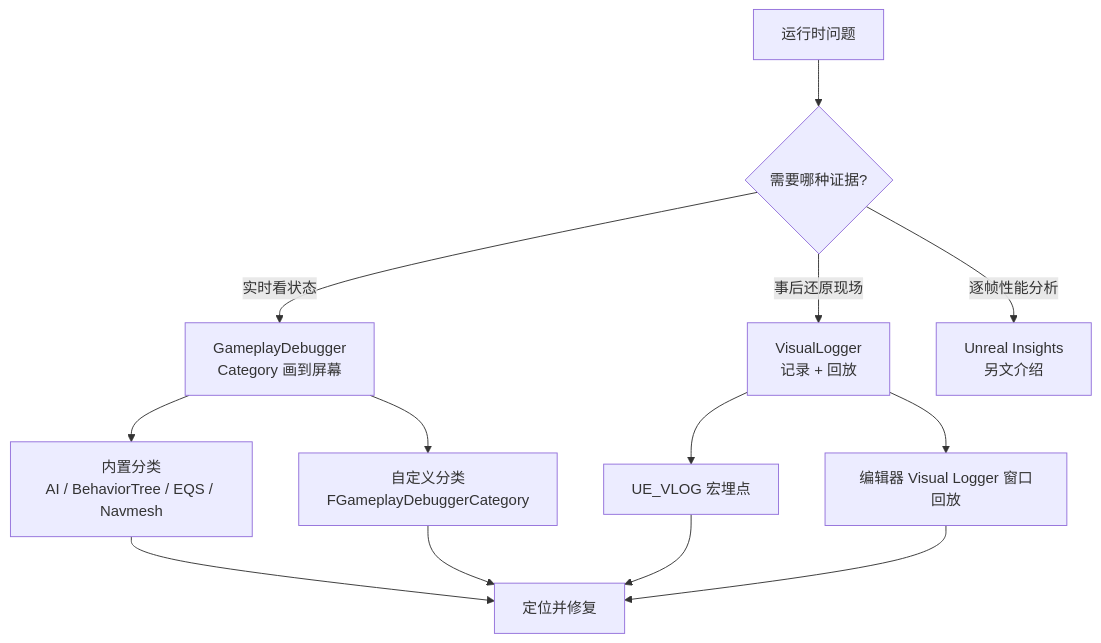
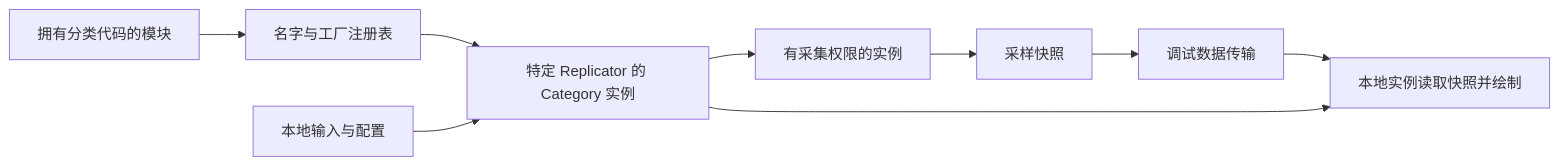
The diagram in 知识/08-工程实践与质量/调试与性能分析/05-GameplayDebugger与运行时调试.md (fantuan812/learning), drawn with Mermaid before and after one commit. The commit also changed other lines of this file and 5 other files, not shown here.

````diff
--- a/知识/08-工程实践与质量/调试与性能分析/05-GameplayDebugger与运行时调试.md
+++ b/知识/08-工程实践与质量/调试与性能分析/05-GameplayDebugger与运行时调试.md
@@ -20,15 +41,11 @@
 ```mermaid
-flowchart TD
-    A[运行时问题] --> B{需要哪种证据?}
-    B -->|"实时看状态"| C[GameplayDebugger<br/>Category 画到屏幕]
-    B -->|"事后还原现场"| D[VisualLogger<br/>记录 + 回放]
-    B -->|"逐帧性能分析"| E[Unreal Insights<br/>另文介绍]
-    C --> F[内置分类<br/>AI / BehaviorTree / EQS / Navmesh]
-    C --> G[自定义分类<br/>FGameplayDebuggerCategory]
-    D --> H[UE_VLOG 宏埋点]
-    D --> I[编辑器 Visual Logger 窗口回放]
-    F --> J[定位并修复]
-    G --> J
-    H --> J
-    I --> J
+flowchart LR
+    M[拥有分类代码的模块] --> R[名字与工厂注册表]
+    R --> I[特定 Replicator 的 Category 实例]
+    K[本地输入与配置] --> I
+    A[有采集权限的实例] --> S[采样快照]
+    S --> T[调试数据传输]
+    T --> D[本地实例读取快照并绘制]
+    I --> A
+    I --> D
 ```
````
